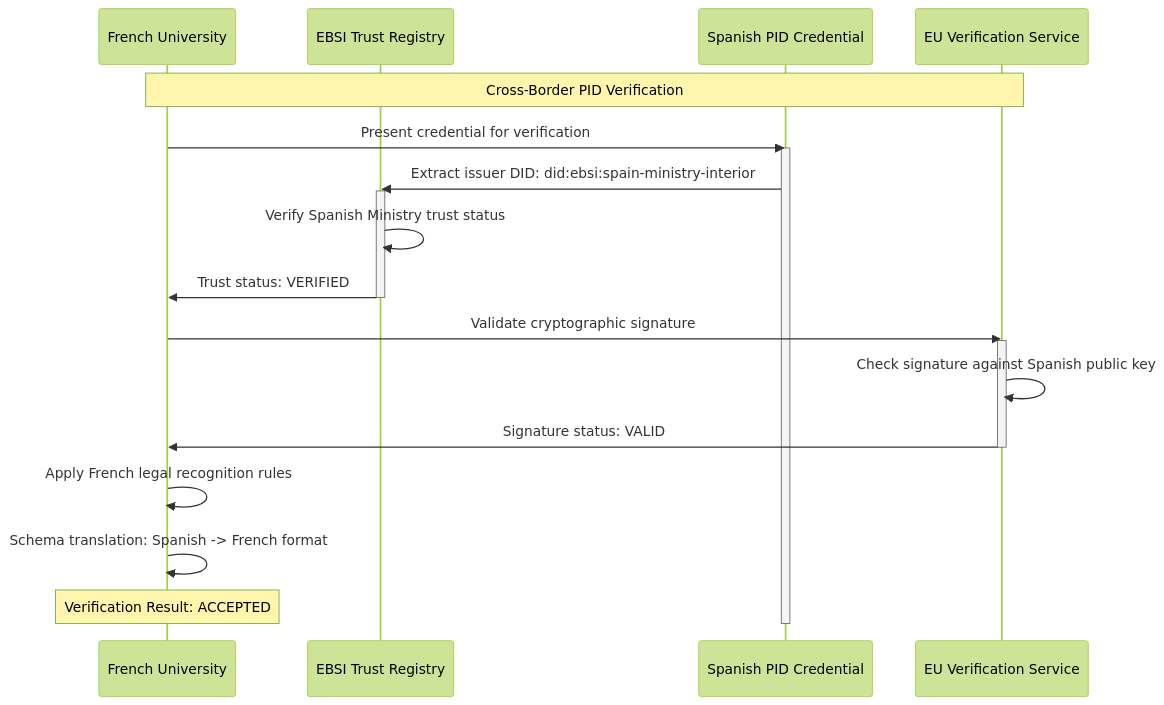
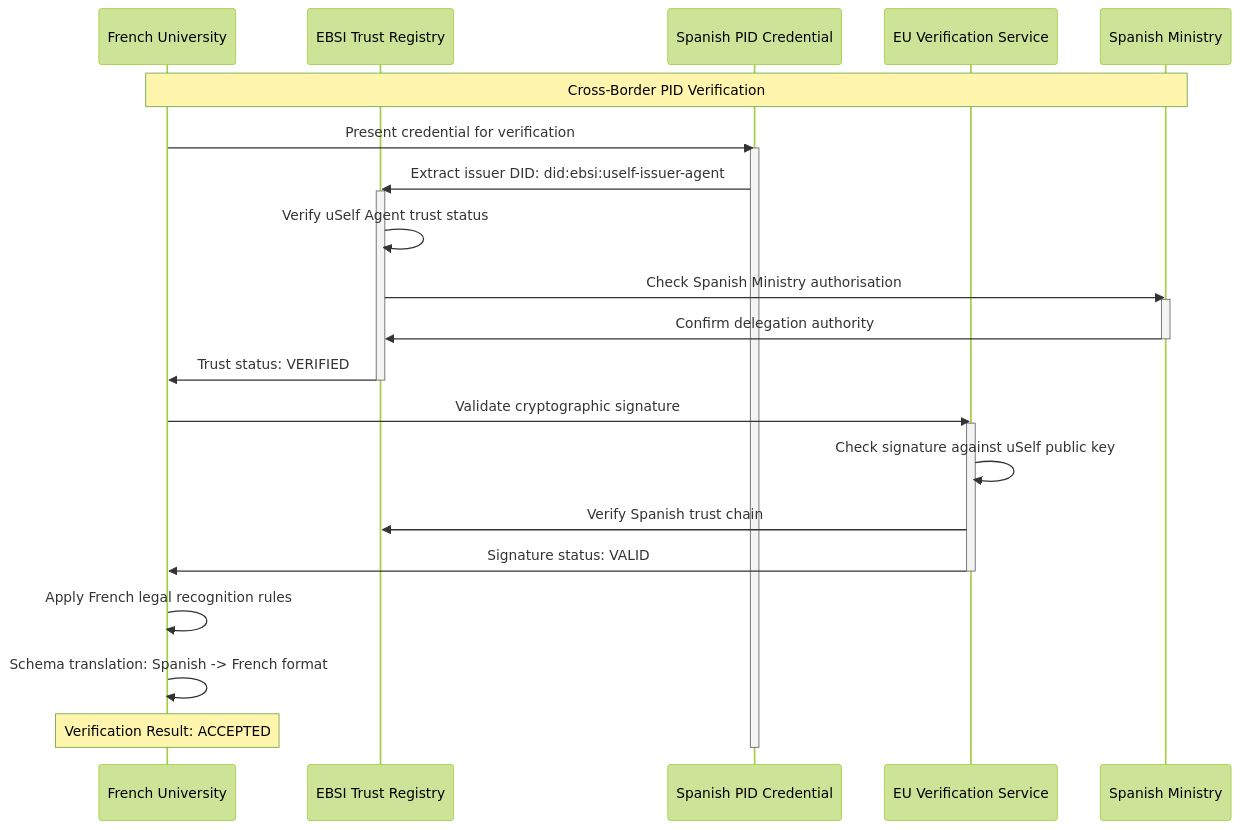
One commit to dc4eu/educational-pilot changed the second of 2 diagrams in DSTRL/pilot2/userjourneys/pid_retreival.md. Above: the diagram before and after it, drawn with Mermaid (forest theme). The commit also changed other lines of this file, not shown here.

````diff
--- a/DSTRL/pilot2/userjourneys/pid_retreival.md
+++ b/DSTRL/pilot2/userjourneys/pid_retreival.md
@@ -874,33 +1340,41 @@
 ```mermaid
 sequenceDiagram
     participant French_Verifier as French University
     participant EBSI_Registry as EBSI Trust Registry  
     participant Spanish_PID as Spanish PID Credential
     participant Verification_Service as EU Verification Service
+    participant Spanish_Authority as Spanish Ministry
     
-    Note over French_Verifier,Verification_Service: Cross-Border PID Verification
+    Note over French_Verifier,Spanish_Authority: Cross-Border PID Verification
     
     French_Verifier->>Spanish_PID: Present credential for verification
     activate Spanish_PID
     
-    Spanish_PID->>EBSI_Registry: Extract issuer DID: did:ebsi:spain-ministry-interior
+    Spanish_PID->>EBSI_Registry: Extract issuer DID: did:ebsi:uself-issuer-agent
     activate EBSI_Registry
     
-    EBSI_Registry->>EBSI_Registry: Verify Spanish Ministry trust status
+    EBSI_Registry->>EBSI_Registry: Verify uSelf Agent trust status
+    EBSI_Registry->>Spanish_Authority: Check Spanish Ministry authorisation
+    activate Spanish_Authority
+    
+    Spanish_Authority->>EBSI_Registry: Confirm delegation authority
+    deactivate Spanish_Authority
+    
     EBSI_Registry->>French_Verifier: Trust status: VERIFIED
     deactivate EBSI_Registry
     
     French_Verifier->>Verification_Service: Validate cryptographic signature
     activate Verification_Service
     
-    Verification_Service->>Verification_Service: Check signature against Spanish public key
+    Verification_Service->>Verification_Service: Check signature against uSelf public key
+    Verification_Service->>EBSI_Registry: Verify Spanish trust chain
     Verification_Service->>French_Verifier: Signature status: VALID
     deactivate Verification_Service
     
     French_Verifier->>French_Verifier: Apply French legal recognition rules
     French_Verifier->>French_Verifier: Schema translation: Spanish -> French format
     
     Note over French_Verifier: Verification Result: ACCEPTED
     
     deactivate Spanish_PID
 ```
````
